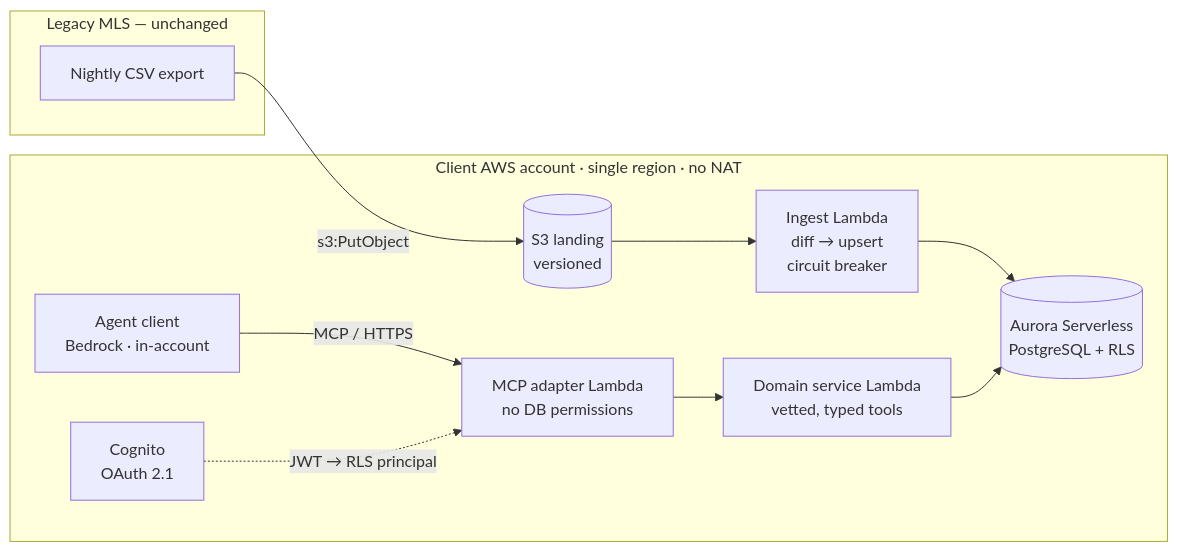
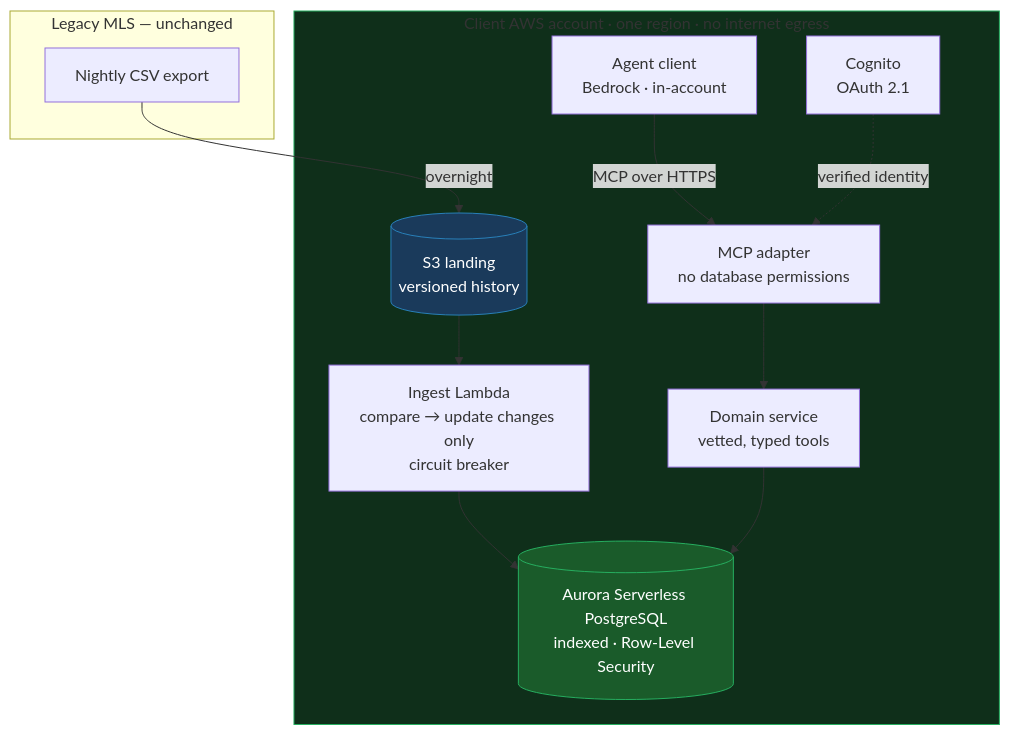
The fifth of 5 diagrams in RESPONSE.md (hualcosa/lucio-interview), drawn with Mermaid before and after one commit. The commit also changed other lines of this file, not shown here.

````diff
--- a/RESPONSE.md
+++ b/RESPONSE.md
@@ -146,22 +570,26 @@
 ```mermaid
-flowchart LR
+flowchart TB
   subgraph legacy["Legacy MLS — unchanged"]
     L["Nightly CSV export"]
   end
 
-  subgraph aws["Client AWS account · single region · no NAT"]
-    S3[("S3 landing<br/>versioned")]
-    ING["Ingest Lambda<br/>diff → upsert<br/>circuit breaker"]
-    DB[("Aurora Serverless<br/>PostgreSQL + RLS")]
-    MCP["MCP adapter Lambda<br/>no DB permissions"]
-    DOM["Domain service Lambda<br/>vetted, typed tools"]
+  subgraph aws["Client AWS account · one region · no internet egress"]
+    S3[("S3 landing<br/>versioned history")]
+    ING["Ingest Lambda<br/>compare → update changes only<br/>circuit breaker"]
+    DB[("Aurora Serverless PostgreSQL<br/>indexed · Row-Level Security")]
+    MCP["MCP adapter<br/>no database permissions"]
+    DOM["Domain service<br/>vetted, typed tools"]
     AG["Agent client<br/>Bedrock · in-account"]
     COG["Cognito<br/>OAuth 2.1"]
   end
 
-  L -->|"s3:PutObject"| S3
+  L -->|"overnight"| S3
   S3 --> ING --> DB
-  AG -->|"MCP / HTTPS"| MCP
-  COG -.->|"JWT → RLS principal"| MCP
+  AG -->|"MCP over HTTPS"| MCP
+  COG -.->|"verified identity"| MCP
   MCP --> DOM --> DB
+
+  style DB fill:#1a5b2a,stroke:#27ae60,color:#fff
+  style S3 fill:#1a3a5b,stroke:#2980b9,color:#fff
+  style aws fill:#0f2f1a,stroke:#27ae60
 ```
````
